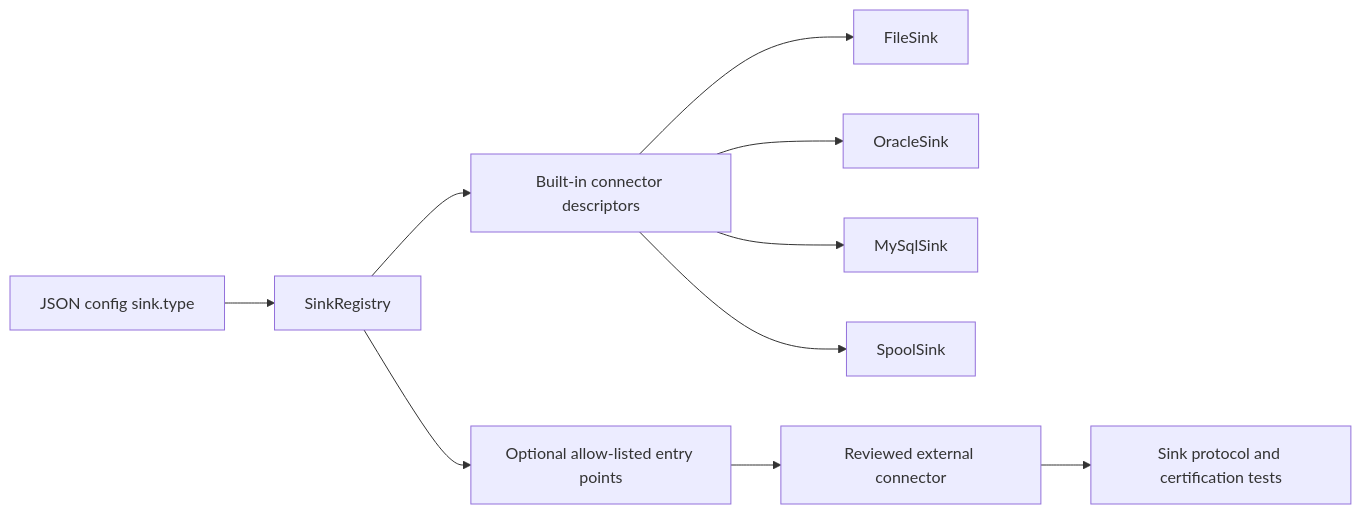
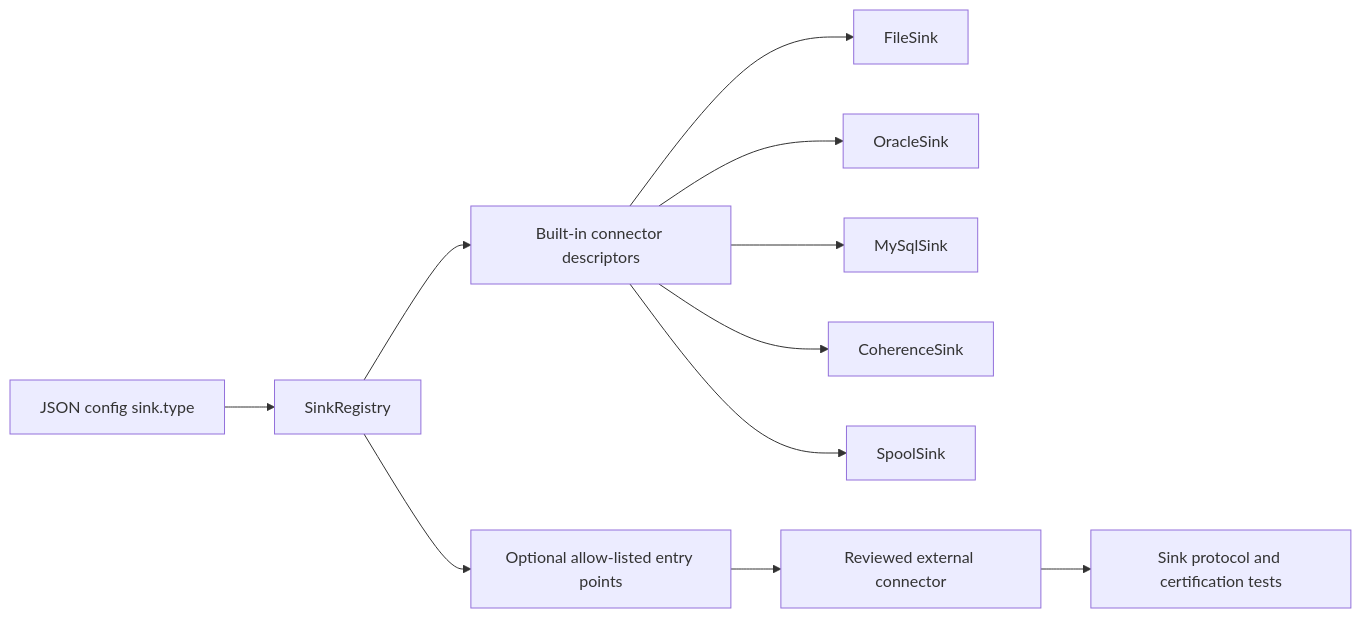
One commit to ProjectCuillin/nats-sinks changed the seventh of 7 diagrams in docs/sink-framework.md. Above: the diagram before and after it, drawn with Mermaid. The commit also changed other lines of this file and 40 other files, not shown here.

Commit message:
Add Oracle Coherence CE sink

````diff
--- a/docs/sink-framework.md
+++ b/docs/sink-framework.md
@@ -386,12 +387,13 @@
 ```mermaid
 flowchart LR
     Config[JSON config sink.type] --> Registry[SinkRegistry]
     Registry --> BuiltIn[Built-in connector descriptors]
     Registry --> Optional[Optional allow-listed entry points]
     BuiltIn --> File[FileSink]
     BuiltIn --> Oracle[OracleSink]
     BuiltIn --> MySQL[MySqlSink]
+    BuiltIn --> Coherence[CoherenceSink]
     BuiltIn --> Spool[SpoolSink]
     Optional --> ThirdParty[Reviewed external connector]
     ThirdParty --> Contract[Sink protocol and certification tests]
 ```
````
